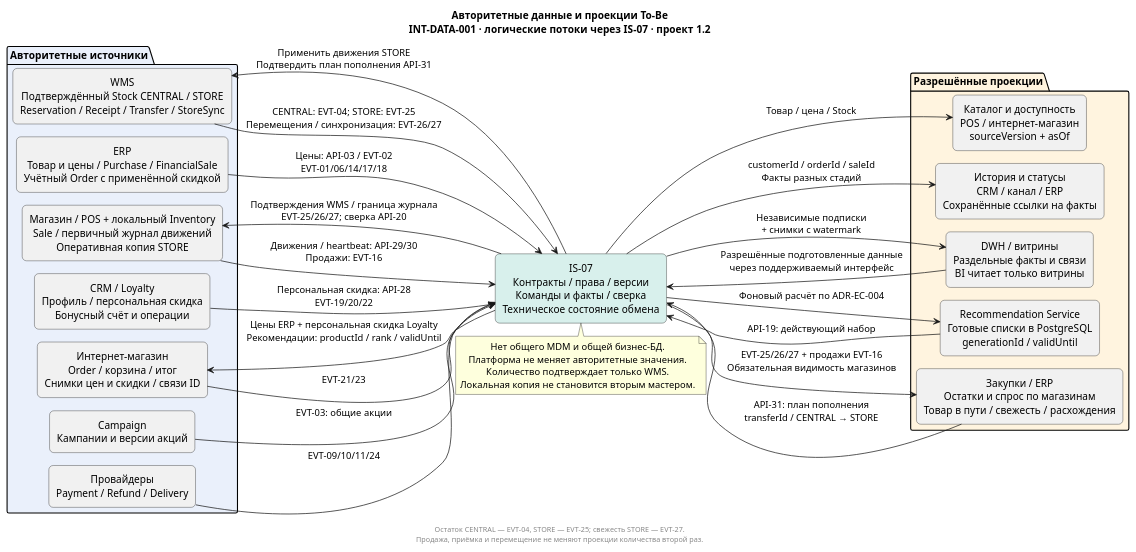
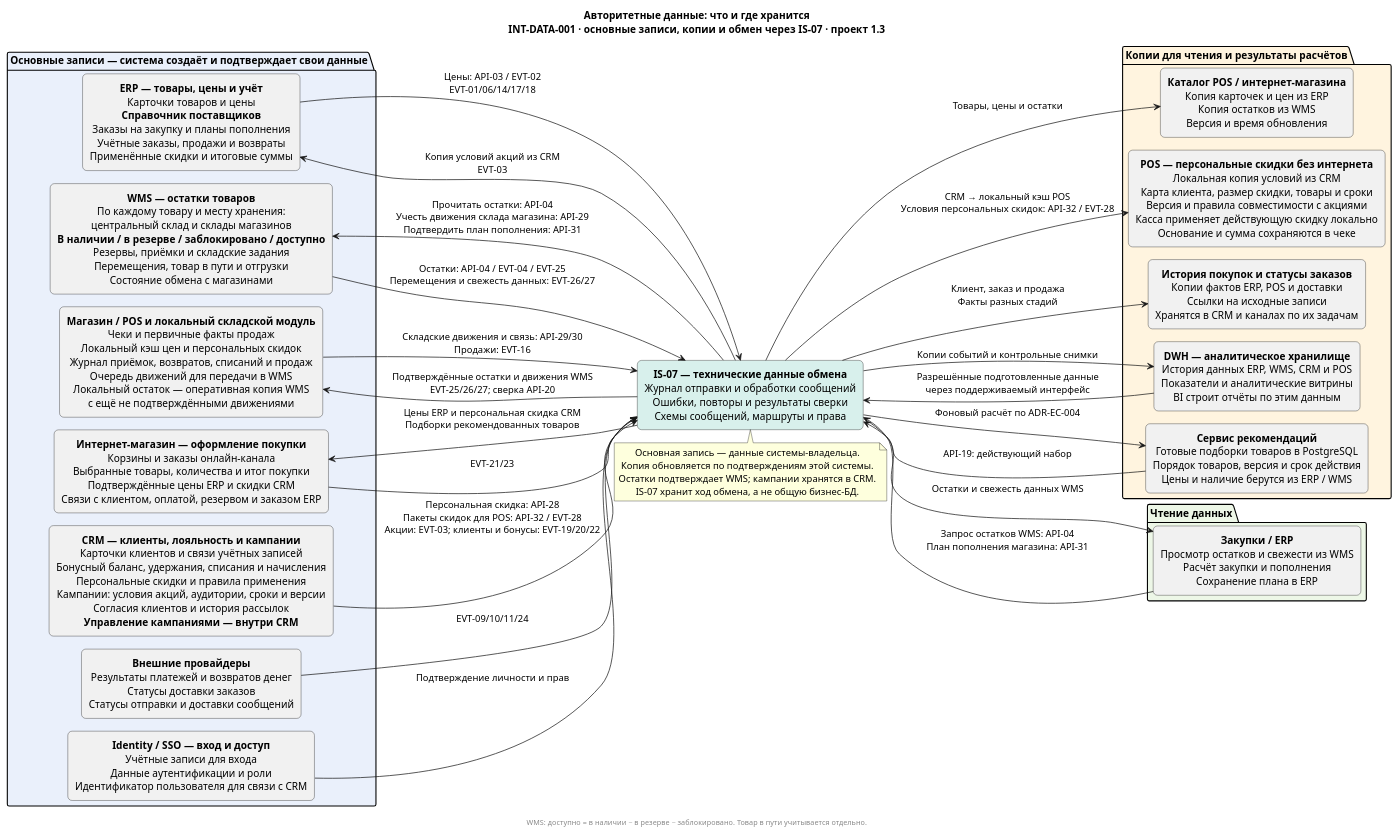
The diagram in 06_integration_architecture/diagrams/INT-DATA-001-ownership.puml (rsingatulin/hse_architecture), drawn with PlantUML before and after one commit. The commit also changed 28 other files, not shown here.

Commit message:
Уточнить владение данными и персональные скидки POS без интернета

```diff
--- a/06_integration_architecture/diagrams/INT-DATA-001-ownership.puml
+++ b/06_integration_architecture/diagrams/INT-DATA-001-ownership.puml
@@ -1,56 +1,60 @@
 @startuml INT-DATA-001-ownership
 !pragma layout smetana
 skinparam backgroundColor white
 skinparam defaultFontName Arial
 skinparam shadowing false
 skinparam rectangleRoundCorner 12
 skinparam defaultTextAlignment center
 left to right direction
-title Авторитетные данные и проекции To-Be\nINT-DATA-001 · логические потоки через IS-07 · проект 1.2
-package "Авторитетные источники" #EAF0FB {
- rectangle "ERP\nТовар и цены / Purchase / FinancialSale\nУчётный Order с применённой скидкой" as ERP
- rectangle "WMS\nПодтверждённый Stock CENTRAL / STORE\nReservation / Receipt / Transfer / StoreSync" as WMS
- rectangle "CRM / Loyalty\nПрофиль / персональная скидка\nБонусный счёт и операции" as CRM
- rectangle "Campaign\nКампании и версии акций" as CAMPAIGN
- rectangle "Магазин / POS + локальный Inventory\nSale / первичный журнал движений\nОперативная копия STORE" as POS
- rectangle "Провайдеры\nPayment / Refund / Delivery" as EXT
- rectangle "Интернет-магазин\nOrder / корзина / итог\nСнимки цен и скидки / связи ID" as EC
+title Авторитетные данные: что и где хранится\nINT-DATA-001 · основные записи, копии и обмен через IS-07 · проект 1.3
+package "Основные записи — система создаёт и подтверждает свои данные" #EAF0FB {
+ rectangle "<b>ERP — товары, цены и учёт</b>\nКарточки товаров и цены\n<b>Справочник поставщиков</b>\nЗаказы на закупку и планы пополнения\nУчётные заказы, продажи и возвраты\nПрименённые скидки и итоговые суммы" as ERP
+ rectangle "<b>WMS — остатки товаров</b>\nПо каждому товару и месту хранения:\nцентральный склад и склады магазинов\n<b>В наличии / в резерве / заблокировано / доступно</b>\nРезервы, приёмки и складские задания\nПеремещения, товар в пути и отгрузки\nСостояние обмена с магазинами" as WMS
+ rectangle "<b>CRM — клиенты, лояльность и кампании</b>\nКарточки клиентов и связи учётных записей\nБонусный баланс, удержания, списания и начисления\nПерсональные скидки и правила применения\nКампании: условия акций, аудитории, сроки и версии\nСогласия клиентов и история рассылок\n<b>Управление кампаниями — внутри CRM</b>" as CRM
+ rectangle "<b>Магазин / POS и локальный складской модуль</b>\nЧеки и первичные факты продаж\nЛокальный кэш цен и персональных скидок\nЖурнал приёмок, возвратов, списаний и продаж\nОчередь движений для передачи в WMS\nЛокальный остаток — оперативная копия WMS\nс ещё не подтверждёнными движениями" as POS
+ rectangle "<b>Внешние провайдеры</b>\nРезультаты платежей и возвратов денег\nСтатусы доставки заказов\nСтатусы отправки и доставки сообщений" as EXT
+ rectangle "<b>Интернет-магазин — оформление покупки</b>\nКорзины и заказы онлайн-канала\nВыбранные товары, количества и итог покупки\nПодтверждённые цены ERP и скидки CRM\nСвязи с клиентом, оплатой, резервом и заказом ERP" as EC
+ rectangle "<b>Identity / SSO — вход и доступ</b>\nУчётные записи для входа\nДанные аутентификации и роли\nИдентификатор пользователя для связи с CRM" as SSO
 }
-rectangle "IS-07\nКонтракты / права / версии\nКоманды и факты / сверка\nТехническое состояние обмена" as IP #D8F0EC
-package "Разрешённые проекции" #FFF4DF {
- rectangle "Каталог и доступность\nPOS / интернет-магазин\nsourceVersion + asOf" as CAT
- rectangle "История и статусы\nCRM / канал / ERP\nСохранённые ссылки на факты" as HISTORY
- rectangle "DWH / витрины\nРаздельные факты и связи\nBI читает только витрины" as DWH
- rectangle "Recommendation Service\nГотовые списки в PostgreSQL\ngenerationId / validUntil" as REC
- rectangle "Закупки / ERP\nОстатки и спрос по магазинам\nТовар в пути / свежесть / расхождения" as PROC
+rectangle "<b>IS-07 — технические данные обмена</b>\nЖурнал отправки и обработки сообщений\nОшибки, повторы и результаты сверки\nСхемы сообщений, маршруты и права" as IP #D8F0EC
+package "Копии для чтения и результаты расчётов" #FFF4DF {
+ rectangle "<b>Каталог POS / интернет-магазина</b>\nКопия карточек и цен из ERP\nКопия остатков из WMS\nВерсия и время обновления" as CAT
+ rectangle "<b>POS — персональные скидки без интернета</b>\nЛокальная копия условий из CRM\nКарта клиента, размер скидки, товары и сроки\nВерсия и правила совместимости с акциями\nКасса применяет действующую скидку локально\nОснование и сумма сохраняются в чеке" as DISCOUNT
+ rectangle "<b>История покупок и статусы заказов</b>\nКопии фактов ERP, POS и доставки\nСсылки на исходные записи\nХранятся в CRM и каналах по их задачам" as HISTORY
+ rectangle "<b>DWH — аналитическое хранилище</b>\nИстория данных ERP, WMS, CRM и POS\nПоказатели и аналитические витрины\nBI строит отчёты по этим данным" as DWH
+ rectangle "<b>Сервис рекомендаций</b>\nГотовые подборки товаров в PostgreSQL\nПорядок товаров, версия и срок действия\nЦены и наличие берутся из ERP / WMS" as REC
+}
+package "Чтение данных" #EDF7E7 {
+ rectangle "<b>Закупки / ERP</b>\nПросмотр остатков и свежести из WMS\nРасчёт закупки и пополнения\nСохранение плана в ERP" as PROC
 }
 ERP --> IP : Цены: API-03 / EVT-02\nEVT-01/06/14/17/18
-WMS --> IP : CENTRAL: EVT-04; STORE: EVT-25\nПеремещения / синхронизация: EVT-26/27
-CRM --> IP : Персональная скидка: API-28\nEVT-19/20/22
-CAMPAIGN --> IP : EVT-03: общие акции
-POS --> IP : Движения / heartbeat: API-29/30\nПродажи: EVT-16
-IP --> WMS : Применить движения STORE\nПодтвердить план пополнения API-31
-IP --> POS : Подтверждения WMS / граница журнала\nEVT-25/26/27; сверка API-20
+IP --> ERP : Копия условий акций из CRM\nEVT-03
+WMS --> IP : Остатки: API-04 / EVT-04 / EVT-25\nПеремещения и свежесть данных: EVT-26/27
+CRM --> IP : Персональная скидка: API-28\nПакеты скидок для POS: API-32 / EVT-28\nАкции: EVT-03; клиенты и бонусы: EVT-19/20/22
+POS --> IP : Складские движения и связь: API-29/30\nПродажи: EVT-16
+IP --> WMS : Прочитать остатки: API-04\nУчесть движения склада магазина: API-29\nПодтвердить план пополнения: API-31
+IP --> POS : Подтверждённые остатки и движения WMS\nEVT-25/26/27; сверка API-20
 EXT --> IP : EVT-09/10/11/24
 EC --> IP : EVT-21/23
-IP --> CAT : Товар / цена / Stock
-IP --> HISTORY : customerId / orderId / saleId\nФакты разных стадий
-IP --> DWH : Независимые подписки\n+ снимки с watermark
-IP --> PROC : EVT-25/26/27 + продажи EVT-16\nОбязательная видимость магазинов
-PROC --> IP : API-31: план пополнения\ntransferId / CENTRAL → STORE
+SSO --> IP : Подтверждение личности и прав
+IP --> CAT : Товары, цены и остатки
+IP --> DISCOUNT : CRM → локальный кэш POS\nУсловия персональных скидок: API-32 / EVT-28
+IP --> HISTORY : Клиент, заказ и продажа\nФакты разных стадий
+IP --> DWH : Копии событий и контрольные снимки
+IP --> PROC : Остатки и свежесть данных WMS
+PROC --> IP : Запрос остатков WMS: API-04\nПлан пополнения магазина: API-31
 DWH --> IP : Разрешённые подготовленные данные\nчерез поддерживаемый интерфейс
 IP --> REC : Фоновый расчёт по ADR-EC-004
 REC --> IP : API-19: действующий набор
-IP --> EC : Цены ERP + персональная скидка Loyalty\nРекомендации: productId / rank / validUntil
+IP --> EC : Цены ERP и персональная скидка CRM\nПодборки рекомендованных товаров
 note bottom of IP
-  Нет общего MDM и общей бизнес-БД.
-  Платформа не меняет авторитетные значения.
-  Количество подтверждает только WMS.
-  Локальная копия не становится вторым мастером.
+  Основная запись — данные системы-владельца.
+  Копия обновляется по подтверждениям этой системы.
+  Остатки подтверждает WMS; кампании хранятся в CRM.
+  IS-07 хранит ход обмена, а не общую бизнес-БД.
 end note
 footer
 
-Остаток CENTRAL — EVT-04, STORE — EVT-25; свежесть STORE — EVT-27.
-Продажа, приёмка и перемещение не меняют проекции количества второй раз.
+WMS: доступно = в наличии − в резерве − заблокировано. Товар в пути учитывается отдельно.
 end footer
 @enduml
```
